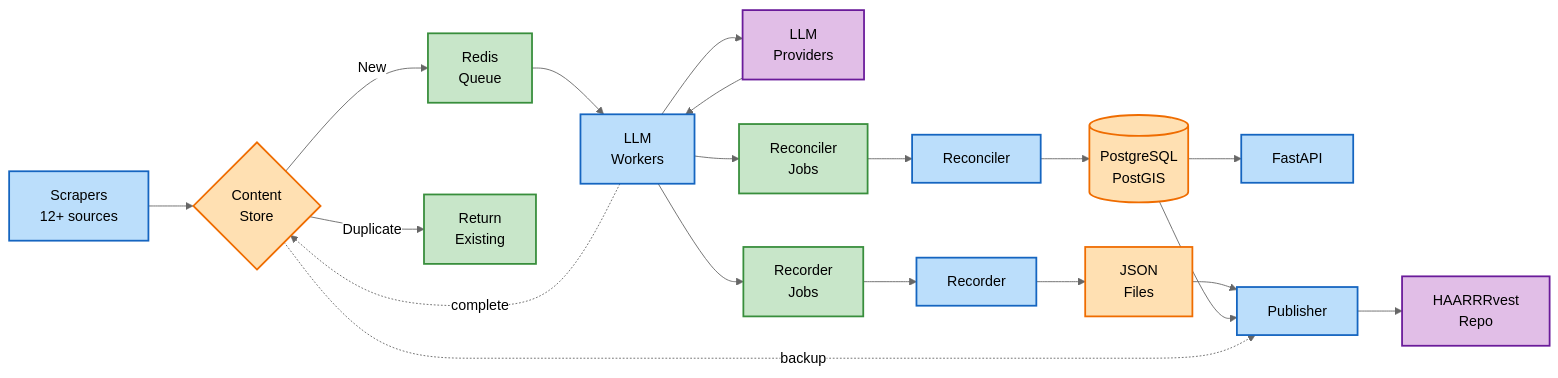
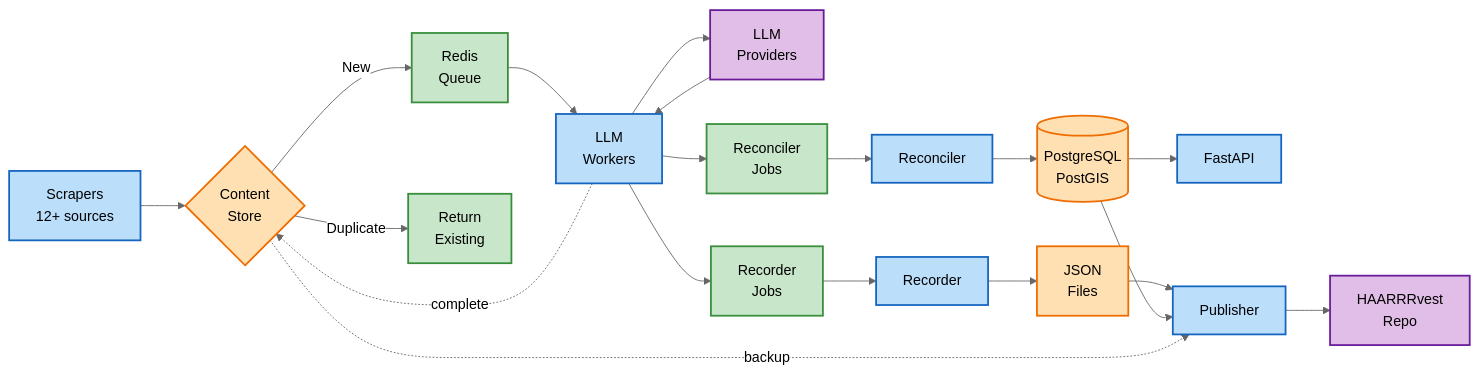
The diagram in README.md (For-The-Greater-Good/pantry-pirate-radio), drawn with Mermaid (neutral theme) before and after one commit.

Commit message:
update readme diagram

````diff
--- a/README.md
+++ b/README.md
@@ -118,47 +118,47 @@
 ```mermaid
 flowchart LR
     %% Input
-    A["&nbsp;Scrapers&nbsp;<br/>&nbsp;12+ sources&nbsp;"] --> B{"&nbsp;Content&nbsp;<br/>&nbsp;Store&nbsp;"}
+    A[" Scrapers  <br/> 12+ sources "] --> B{" Content  <br/> Store "}
     
     %% Deduplication
-    B -->|New| C["&nbsp;Redis&nbsp;<br/>&nbsp;Queue&nbsp;"]
-    B -->|Duplicate| D["&nbsp;&nbsp;Return&nbsp;&nbsp;<br/>&nbsp;Existing&nbsp;"]
+    B -->|New| C[" Redis  <br/> Queue "]
+    B -->|Duplicate| D[" Return  <br/> Existing "]
     
     %% Processing
-    C --> E["&nbsp;&nbsp;LLM&nbsp;&nbsp;<br/>&nbsp;Workers&nbsp;"]
-    E --> F["&nbsp;&nbsp;LLM&nbsp;&nbsp;<br/>&nbsp;Providers&nbsp;"]
+    C --> E[" LLM  <br/> Workers "]
+    E --> F[" LLM  <br/> Providers "]
     F --> E
     
     %% Job Creation
-    E --> G["&nbsp;Reconciler&nbsp;<br/>&nbsp;Jobs&nbsp;"]
-    E --> H["&nbsp;Recorder&nbsp;<br/>&nbsp;Jobs&nbsp;"]
+    E --> G[" Reconciler  <br/> Jobs "]
+    E --> H[" Recorder  <br/> Jobs "]
     
     %% Services
-    G --> I["&nbsp;Reconciler&nbsp;"]
-    H --> J["&nbsp;Recorder&nbsp;"]
+    G --> I[" Reconciler "]
+    H --> J[" Recorder "]
     
     %% Storage
-    I --> K[("&nbsp;PostgreSQL&nbsp;<br/>&nbsp;PostGIS&nbsp;")]
-    J --> L["&nbsp;&nbsp;JSON&nbsp;&nbsp;<br/>&nbsp;Files&nbsp;"]
+    I --> K[(" PostgreSQL  <br/> PostGIS ")]
+    J --> L[" JSON  <br/> Files "]
     
     %% Output
-    K --> M["&nbsp;FastAPI&nbsp;"]
-    L --> N["&nbsp;Publisher&nbsp;"]
+    K --> M[" FastAPI "]
+    L --> N[" Publisher "]
     K --> N
-    N --> O["&nbsp;HAARRRvest&nbsp;<br/>&nbsp;Repo&nbsp;"]
+    N --> O[" HAARRRvest  <br/> Repo "]
     
     %% Update tracking
     E -.-> |complete| B
     B -.-> |backup| N
     
     %% Styling
     classDef service fill:#bbdefb,stroke:#1565c0,stroke-width:2px,color:#000
     classDef storage fill:#ffe0b2,stroke:#ef6c00,stroke-width:2px,color:#000
     classDef external fill:#e1bee7,stroke:#6a1b9a,stroke-width:2px,color:#000
     classDef queue fill:#c8e6c9,stroke:#388e3c,stroke-width:2px,color:#000
     
     class A,E,I,J,M,N service
     class B,K,L storage
     class F,O external
     class C,G,H,D queue
 ```
````
